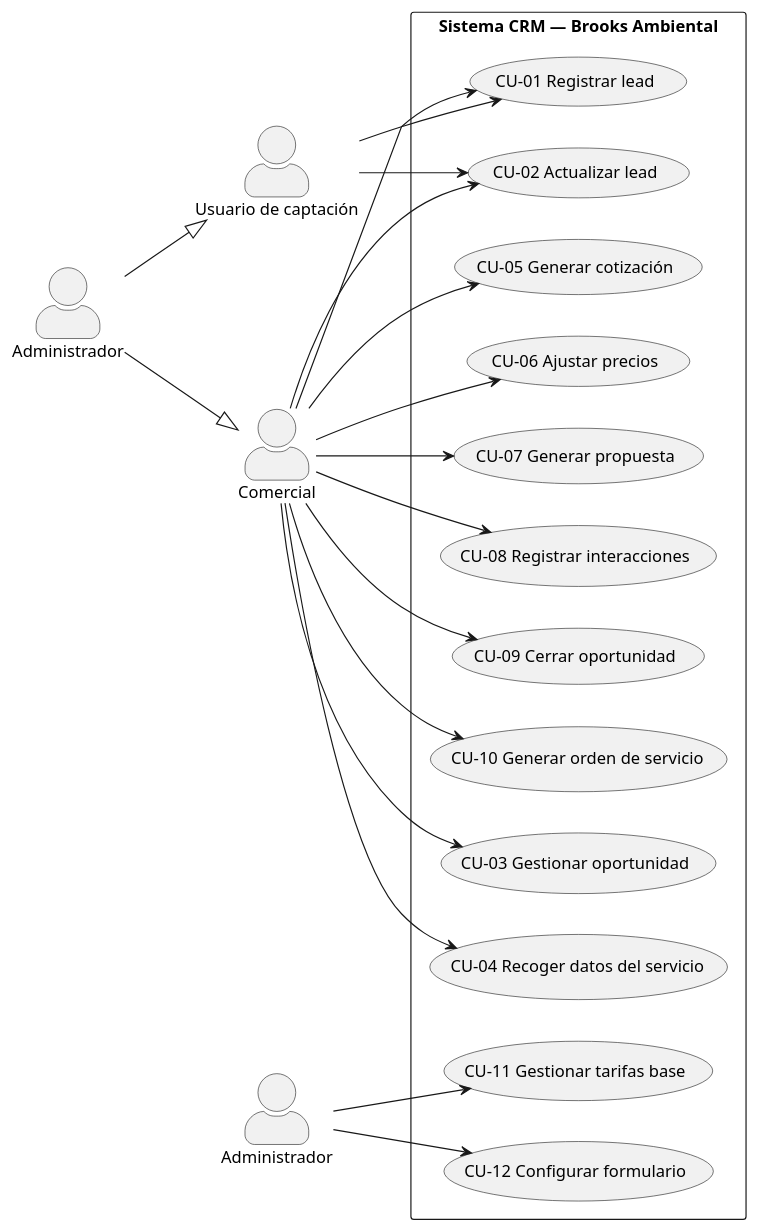
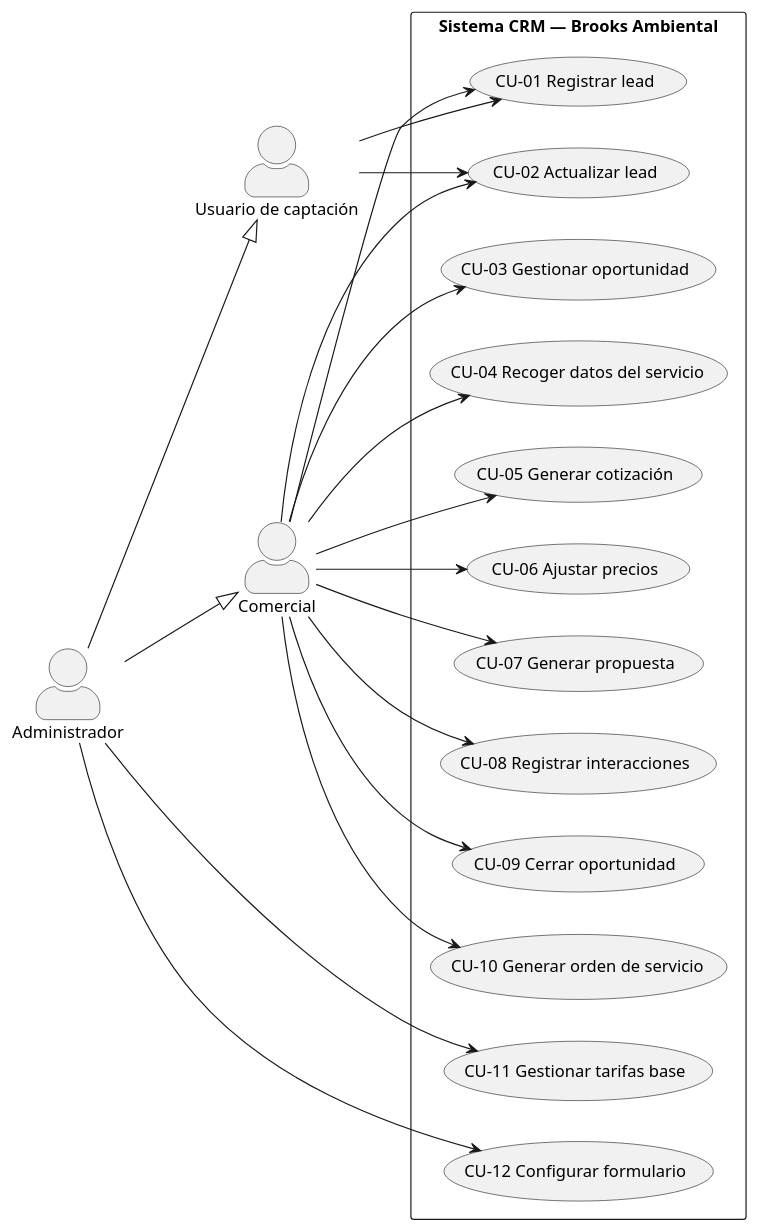
The diagram in diagramas/casos_de_uso/casos_de_uso.puml (BrendaLopes/TFG-CRM-BROOKS), drawn with PlantUML before and after one commit. The commit also changed 2 other files, not shown here.

Commit message:
corrección diagrama casos de uso

```diff
--- a/diagramas/casos_de_uso/casos_de_uso.puml
+++ b/diagramas/casos_de_uso/casos_de_uso.puml
@@ -1,42 +1,42 @@
 @startuml
 skinparam shadowing false
 skinparam actorStyle awesome
 left to right direction
 
 actor "Usuario de captación" as Captacion
 actor "Comercial" as Comercial
 actor "Administrador" as Admin
 
-Administrador --|> Comercial
-Administrador --|> Captacion
+Admin --|> Comercial
+Admin --|> Captacion
 
 rectangle "Sistema CRM — Brooks Ambiental" {
   usecase "CU-01 Registrar lead" as CU01
   usecase "CU-02 Actualizar lead" as CU02
   usecase "CU-03 Gestionar oportunidad" as CU03
   usecase "CU-04 Recoger datos del servicio" as CU04
   usecase "CU-05 Generar cotización" as CU05
   usecase "CU-06 Ajustar precios" as CU06
   usecase "CU-07 Generar propuesta" as CU07
   usecase "CU-08 Registrar interacciones" as CU08
   usecase "CU-09 Cerrar oportunidad" as CU09
   usecase "CU-10 Generar orden de servicio" as CU10
   usecase "CU-11 Gestionar tarifas base" as CU11
   usecase "CU-12 Configurar formulario" as CU12
 }
 
 Captacion --> CU01
 Captacion --> CU02
 Comercial --> CU01
 Comercial --> CU02
 Comercial --> CU03
 Comercial --> CU04
 Comercial --> CU05
 Comercial --> CU06
 Comercial --> CU07
 Comercial --> CU08
 Comercial --> CU09
 Comercial --> CU10
 Admin --> CU11
 Admin --> CU12
 @enduml
```
